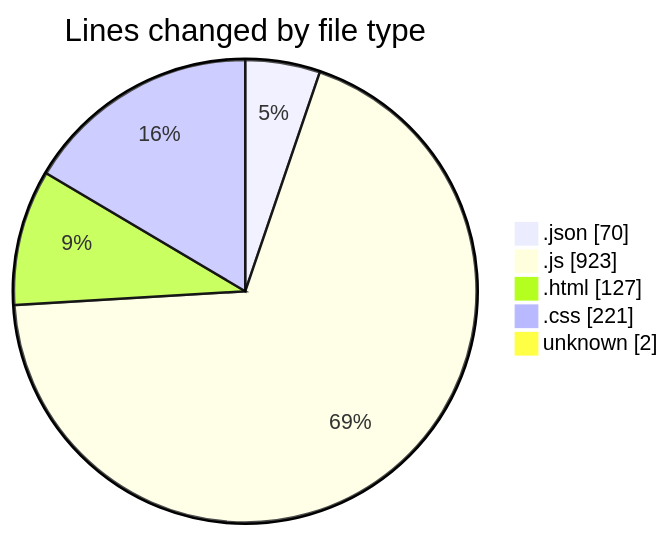
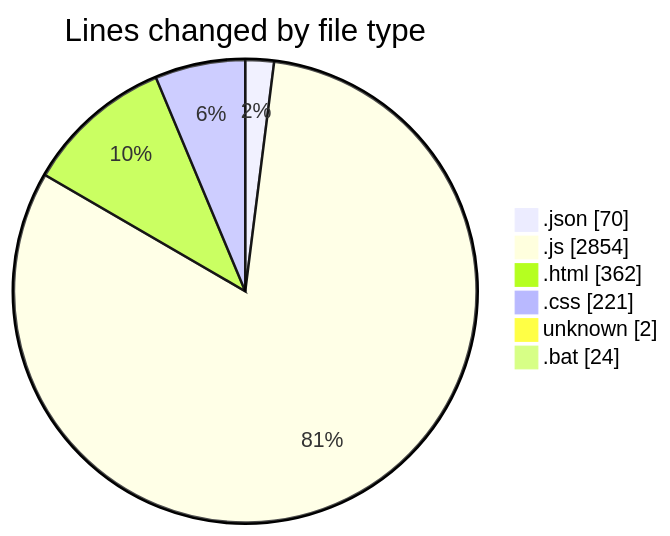
One commit to lephambinh05/code-tracking changed the first of 2 diagrams in 2025-08-03/boz-rat/README.md. Above: the diagram before and after it, drawn with Mermaid. The commit also changed other lines of this file and 1 other file, not shown here.

````diff
--- a/2025-08-03/boz-rat/README.md
+++ b/2025-08-03/boz-rat/README.md
@@ -27,9 +36,10 @@
 ```mermaid
 pie showData
 title Lines changed by file type
 ".json" : 70
-".js" : 923
-".html" : 127
+".js" : 2854
+".html" : 362
 ".css" : 221
 "unknown" : 2
+".bat" : 24
 ```
````
